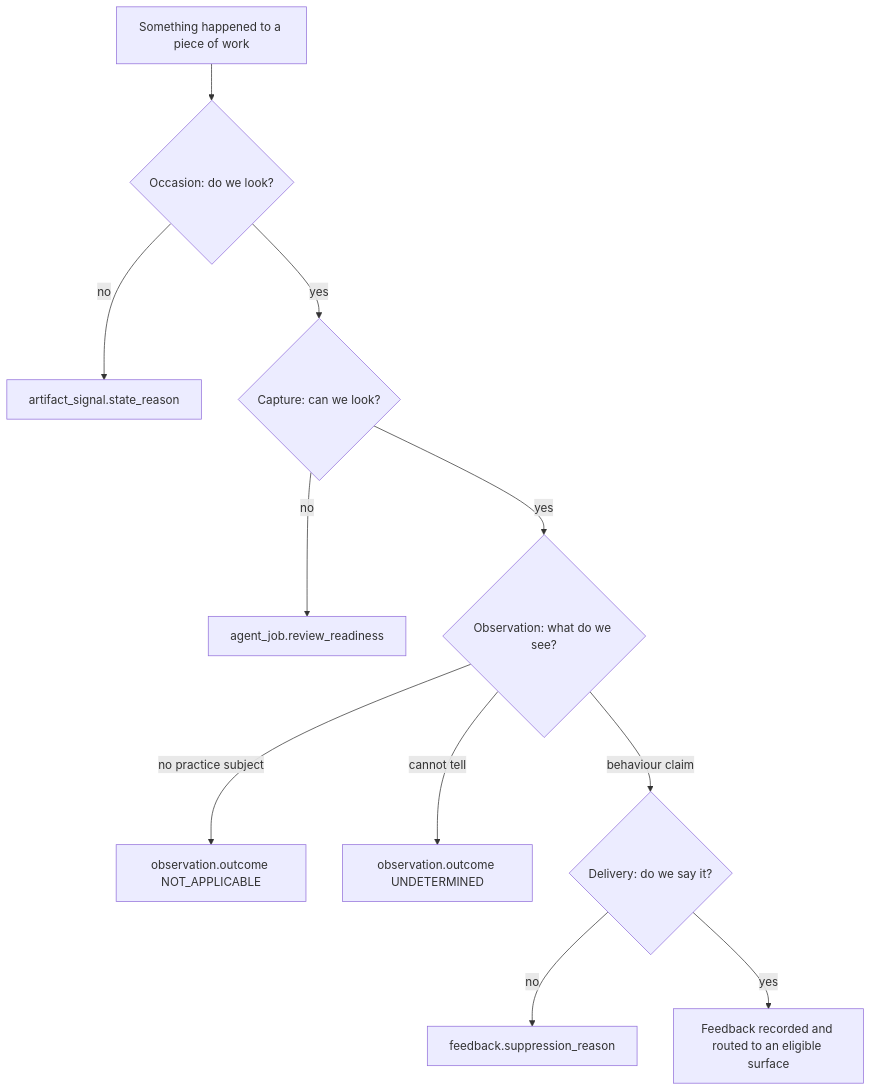
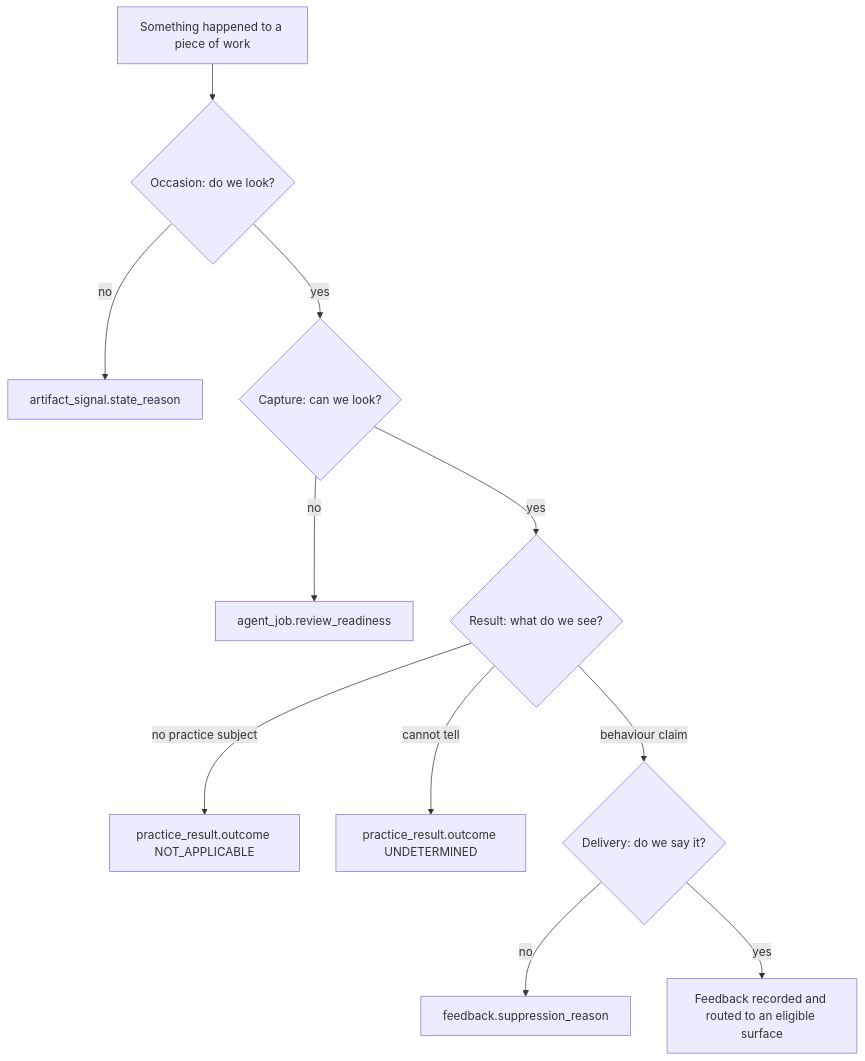
One commit to ls1intum/Hephaestus changed the first of 2 diagrams in docs/contributor/practice-review-pipeline.mdx. Above: the diagram before and after it, drawn with Mermaid. The commit also changed other lines of this file and 58 other files, not shown here.

````diff
--- a/docs/contributor/practice-review-pipeline.mdx
+++ b/docs/contributor/practice-review-pipeline.mdx
@@ -12,15 +12,15 @@
 ```mermaid
 flowchart TB
     accTitle: Practice review stages and their distinct exits
-    accDescr: Work passes through occasion, evidence capture, observation, and delivery. Each stage records a different result when processing stops.
+    accDescr: Work passes through occasion, evidence capture, result, and delivery. Each stage records a different result when processing stops.
     Work[Something happened to a piece of work] --> Occasion{Occasion: do we look?}
     Occasion -->|no| Refused[artifact_signal.state_reason]
     Occasion -->|yes| Capture{Capture: can we look?}
     Capture -->|no| Unready[agent_job.review_readiness]
-    Capture -->|yes| Observe{Observation: what do we see?}
-    Observe -->|no practice subject| NotApplicable[observation.outcome NOT_APPLICABLE]
-    Observe -->|cannot tell| Undetermined[observation.outcome UNDETERMINED]
-    Observe -->|behaviour claim| Deliver{Delivery: do we say it?}
+    Capture -->|yes| Judge{Result: what do we see?}
+    Judge -->|no practice subject| NotApplicable[practice_result.outcome NOT_APPLICABLE]
+    Judge -->|cannot tell| Undetermined[practice_result.outcome UNDETERMINED]
+    Judge -->|behaviour claim| Deliver{Delivery: do we say it?}
     Deliver -->|no| Quiet[feedback.suppression_reason]
     Deliver -->|yes| Said[Feedback recorded and routed to an eligible surface]
 ```
````
